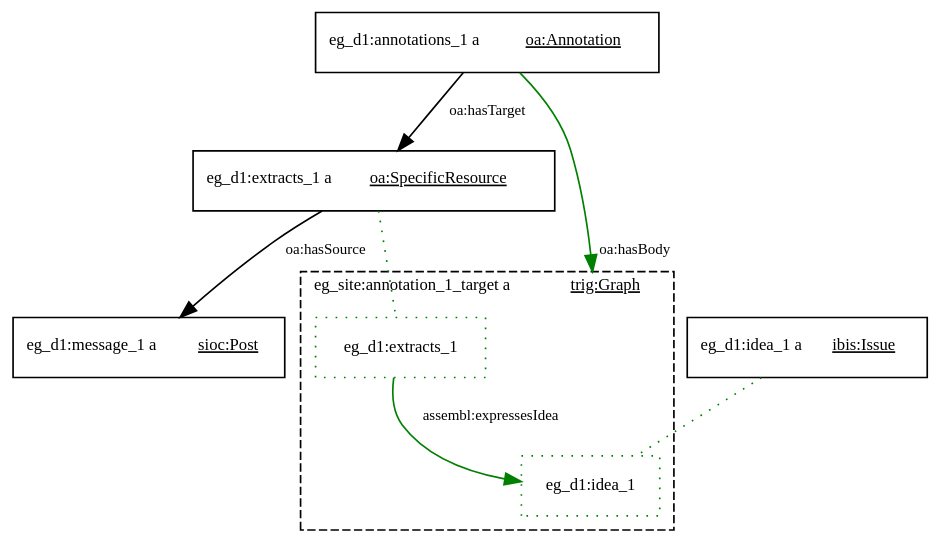
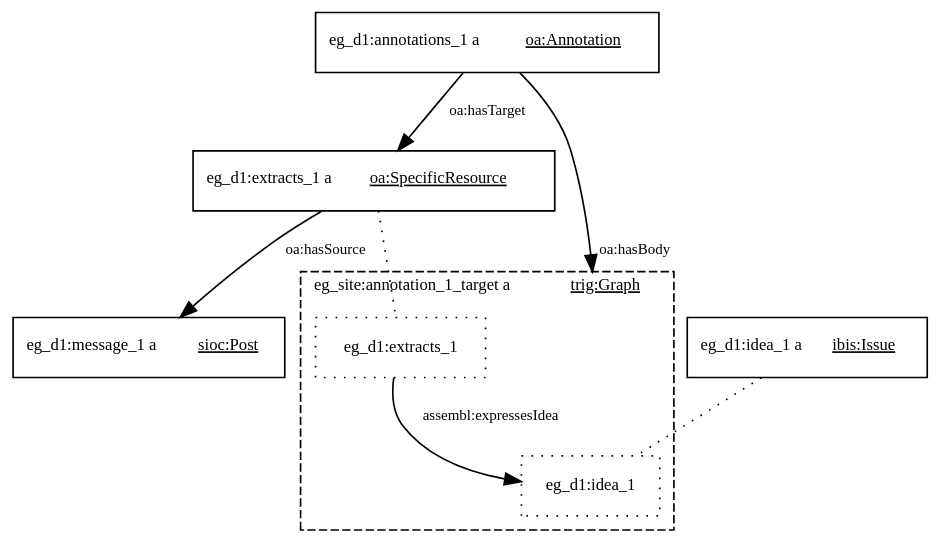
Diagram 11 of 16 in interoperability/interoperability.md (catalyst-fp7/documents), drawn with Graphviz before and after one commit. The commit also changed other lines of this file, not shown here.

Commit message:
some diagram changes

````diff
--- a/interoperability/interoperability.md
+++ b/interoperability/interoperability.md
@@ -583,23 +612,23 @@
 ```graphviz
 digraph g {
     graph [bgcolor="transparent", rankdir="TB", compound="true"];
     node [fillcolor=white, style=filled,  shape=record, fontsize=10];
     edge [fontsize=9];
     post1 [label=<eg_d1:message_1 a <U>sioc:Post</U>>];
     extract1 [label=<eg_d1:extracts_1 a <U>oa:SpecificResource</U>>];
     extract1->post1 [label="oa:hasSource"];
     annotation1 [label=<eg_d1:annotations_1 a <U>oa:Annotation</U>>];
     annotation1->extract1 [label="oa:hasTarget"];
-    annotation1->idea1_alias [label="oa:hasBody", color="green", lhead="cluster_ann1"];
+    annotation1->idea1_alias [label="oa:hasBody", lhead="cluster_ann1"];
     subgraph cluster_ann1 {
         graph [bgcolor="transparent", rankdir="TB", compound="true", style="dashed",
             label=<eg_site:annotation_1_target a <U>trig:Graph</U>>, fontsize=10];
-        idea1_alias [label="eg_d1:idea_1", style="dotted", color="green"];
-        extract1_alias [label="eg_d1:extracts_1", style="dotted", color="green"];
-        extract1_alias -> idea1_alias [label="assembl:expressesIdea", color="green"];
+        idea1_alias [label="eg_d1:idea_1", style="dotted"];
+        extract1_alias [label="eg_d1:extracts_1", style="dotted"];
+        extract1_alias -> idea1_alias [label="assembl:expressesIdea"];
     }
-    idea1->idea1_alias [style="dotted", arrowhead="none", color="green"];
-    extract1->extract1_alias [style="dotted", arrowhead="none", color="green"];
+    idea1->idea1_alias [style="dotted", arrowhead="none"];
+    extract1->extract1_alias [style="dotted", arrowhead="none"];
     idea1 [label=<eg_d1:idea_1 a <U>ibis:Issue</U>>];
 }
 ```
````
